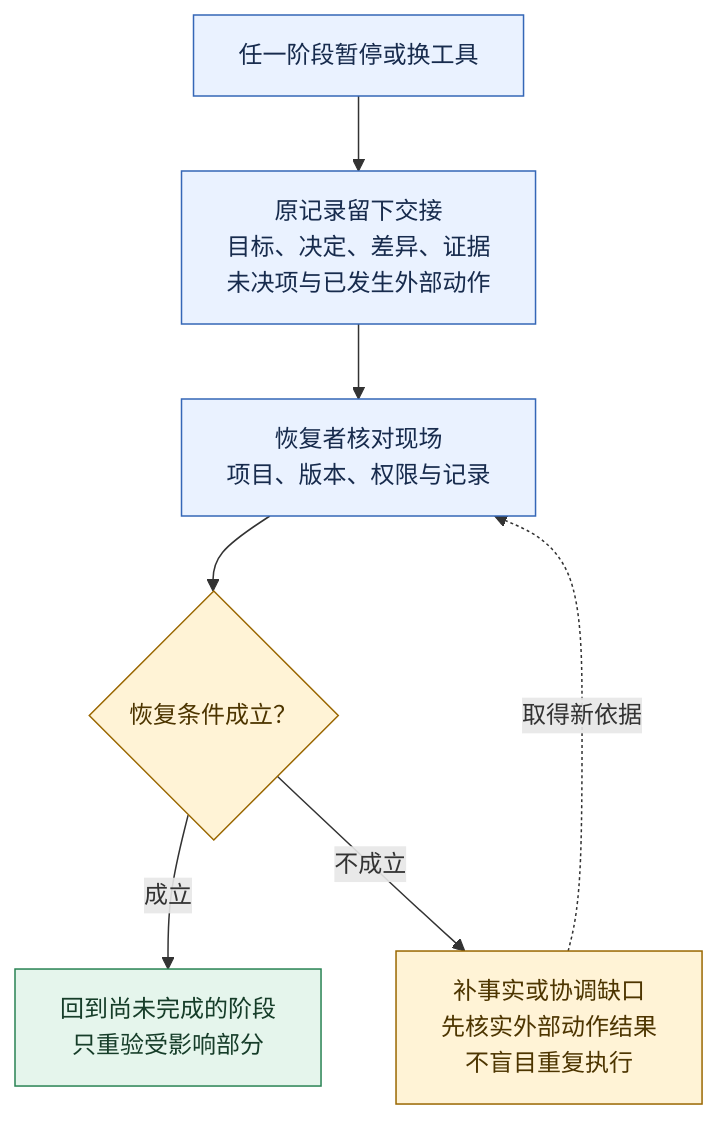
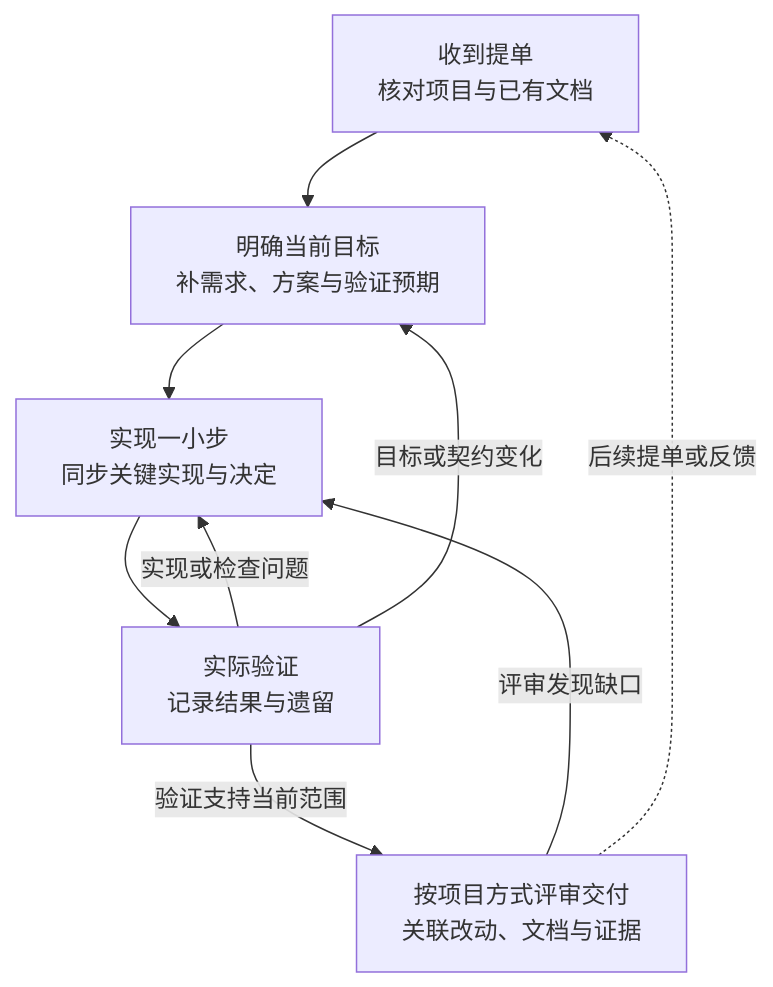
The diagram in docs/WORKFLOW.md (YIMO691/Workflow-SOP), drawn with Mermaid before and after one commit. The commit also changed other lines of this file and 31 other files, not shown here.

````diff
--- a/docs/WORKFLOW.md
+++ b/docs/WORKFLOW.md
@@ -298,15 +16,11 @@
 ```mermaid
 flowchart TB
-    A["任一阶段暂停或换工具"] --> B["原记录留下交接<br/>目标、决定、差异、证据<br/>未决项与已发生外部动作"]
-    B --> C["恢复者核对现场<br/>项目、版本、权限与记录"]
-    C --> D{"恢复条件成立？"}
-    D -->|成立| E["回到尚未完成的阶段<br/>只重验受影响部分"]
-    D -->|不成立| F["补事实或协调缺口<br/>先核实外部动作结果<br/>不盲目重复执行"]
-    F -.->|取得新依据| C
-    classDef work fill:#EAF2FF,stroke:#3567B7,color:#172B4D
-    classDef decision fill:#FFF3D6,stroke:#9A6700,color:#4D3500
-    classDef output fill:#E5F5EC,stroke:#288353,color:#163D29
-    class A,B,C work
-    class D,F decision
-    class E output
+    A["收到提单<br/>核对项目与已有文档"] --> B["明确当前目标<br/>补需求、方案与验证预期"]
+    B --> C["实现一小步<br/>同步关键实现与决定"]
+    C --> D["实际验证<br/>记录结果与遗留"]
+    D -->|实现或检查问题| C
+    D -->|目标或契约变化| B
+    D -->|验证支持当前范围| E["按项目方式评审交付<br/>关联改动、文档与证据"]
+    E -->|评审发现缺口| C
+    E -.->|后续提单或反馈| A
 ```
````
